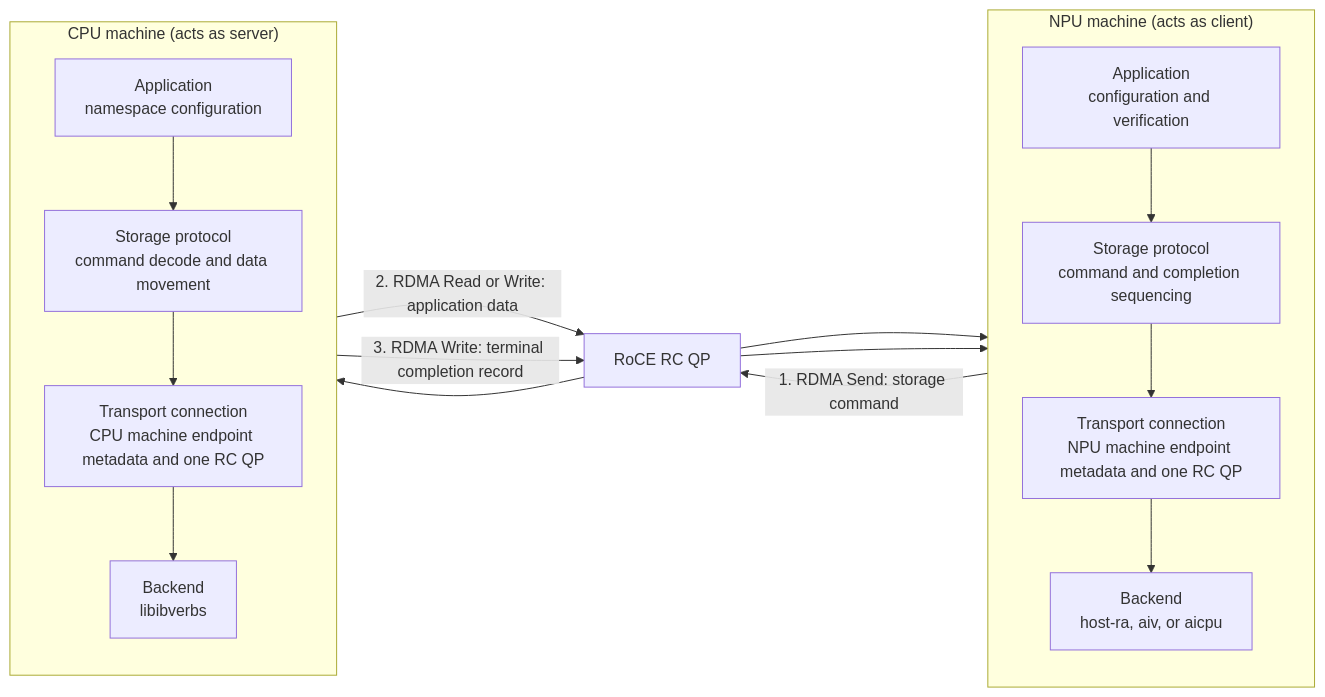
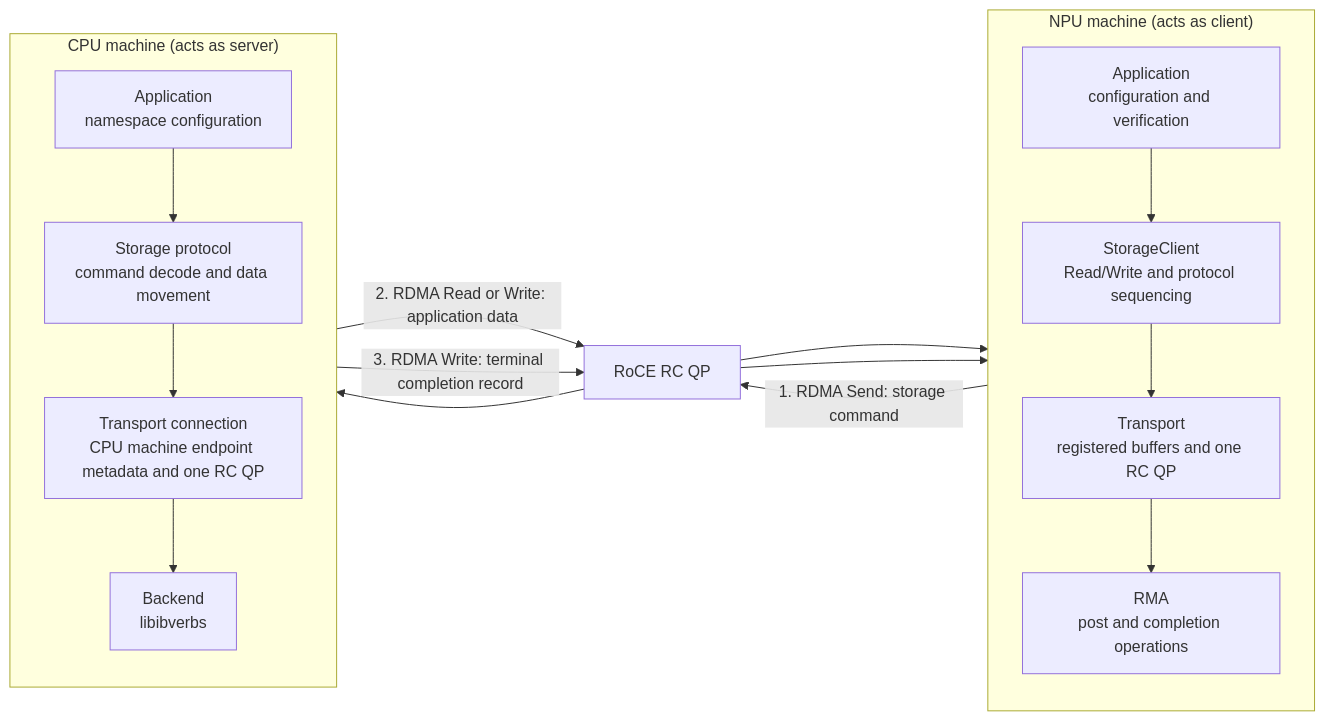
Before and after one commit to yzim/nds: the diagram in README.md, drawn with Mermaid. The commit also changed other lines of this file and 69 other files, not shown here.

First line of the commit message:
Layer NPU client around StorageClient and device RMA

````diff
--- a/README.md
+++ b/README.md
@@ -10,25 +10,25 @@
 ```mermaid
 flowchart LR
   subgraph client["NPU machine (acts as client)"]
     direction TB
     CA["Application<br/>configuration and verification"]
-    CP["Storage protocol<br/>command and completion sequencing"]
-    CT["Transport connection<br/>NPU machine endpoint metadata and one RC QP"]
-    CB["Backend<br/>host-ra, aiv, or aicpu"]
-    CA --> CP --> CT --> CB
+    CS["StorageClient<br/>Read/Write and protocol sequencing"]
+    CT["Transport<br/>registered buffers and one RC QP"]
+    CW["RMA<br/>post and completion operations"]
+    CA --> CS --> CT --> CW
   end
 
   subgraph server["CPU machine (acts as server)"]
     direction TB
     SA["Application<br/>namespace configuration"]
     SP["Storage protocol<br/>command decode and data movement"]
     ST["Transport connection<br/>CPU machine endpoint metadata and one RC QP"]
     SB["Backend<br/>libibverbs"]
     SA --> SP --> ST --> SB
   end
 
   R["RoCE RC QP"]
-  CB -->|"1. RDMA Send: storage command"| R --> SB
-  SB -->|"2. RDMA Read or Write: application data"| R --> CB
-  SB -->|"3. RDMA Write: terminal completion record"| R --> CB
+  CW -->|"1. RDMA Send: storage command"| R --> SB
+  SB -->|"2. RDMA Read or Write: application data"| R --> CS
+  SB -->|"3. RDMA Write: terminal completion record"| R --> CS
 ```
````
